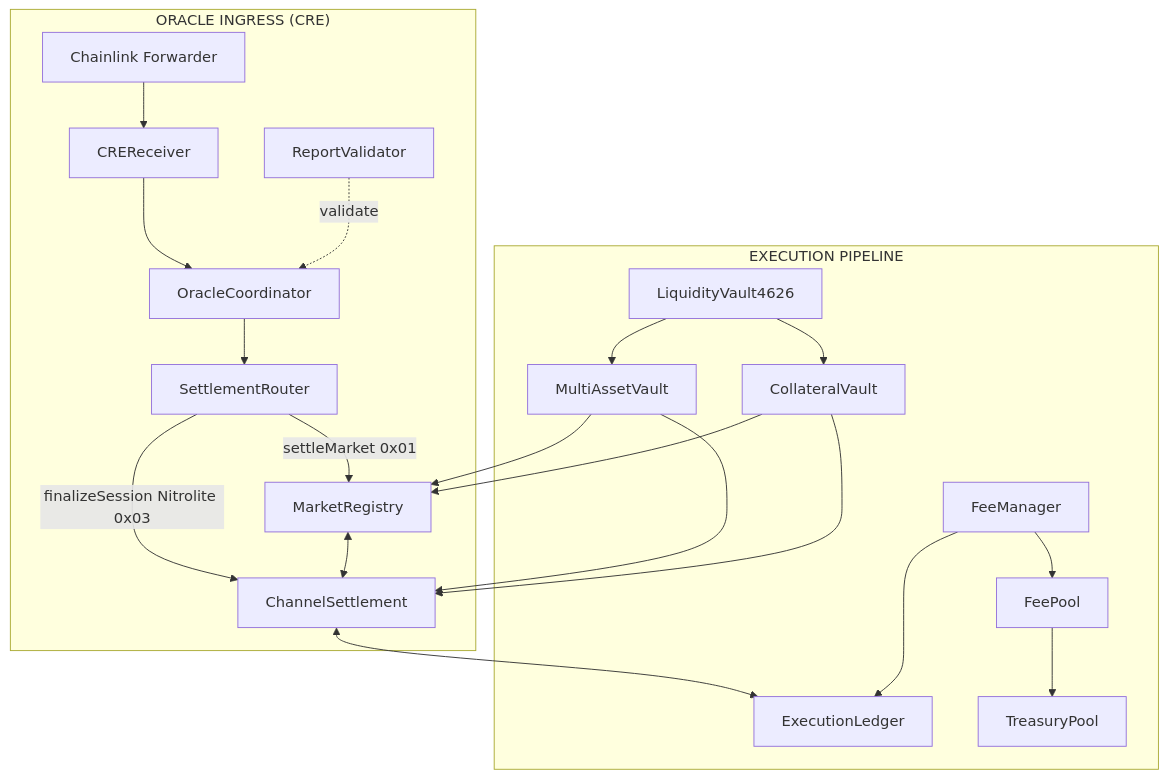
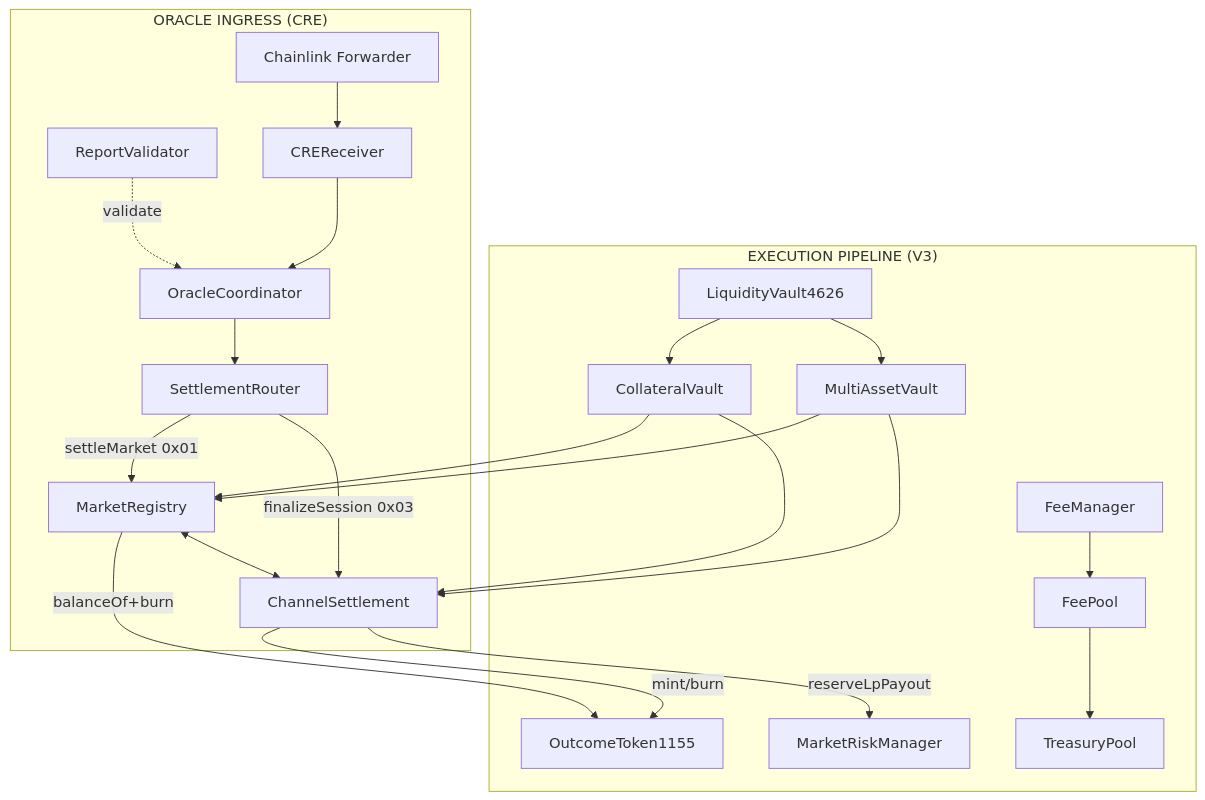
The first of 3 diagrams in README.md (mAsyamJ/ShadowPool), drawn with Mermaid before and after one commit. The commit also changed other lines of this file and 5 other files, not shown here.

````diff
--- a/README.md
+++ b/README.md
@@ -42,38 +44,41 @@
 ```mermaid
 flowchart TB
     subgraph ingress["ORACLE INGRESS (CRE)"]
         Forwarder[Chainlink Forwarder]
         CRE[CREReceiver]
         OC[OracleCoordinator]
         RV[ReportValidator]
         SR[SettlementRouter]
         Forwarder --> CRE
         CRE --> OC
         RV -.->|validate| OC
         OC --> SR
         SR -->|settleMarket 0x01| MR
-        SR -->|finalizeSession Nitrolite 0x03| CS
+        SR -->|finalizeSession 0x03| CS
     end
 
-    subgraph exec["EXECUTION PIPELINE"]
+    subgraph exec["EXECUTION PIPELINE (V3)"]
         MR[MarketRegistry]
         CS[ChannelSettlement]
-        EL[ExecutionLedger]
+        OT[OutcomeToken1155]
+        RM[MarketRiskManager]
         MAV[MultiAssetVault]
         CV[CollateralVault]
         FM[FeeManager]
         FP[FeePool]
         TP[TreasuryPool]
         LV[LiquidityVault4626]
 
-        MR <--> CS <--> EL
+        MR <--> CS
+        CS -->|mint/burn| OT
+        CS -->|reserveLpPayout| RM
+        MR -->|balanceOf+burn| OT
         MAV --> MR
         CV --> MR
         MAV --> CS
         CV --> CS
         FM --> FP --> TP
-        FM --> EL
         LV --> MAV
         LV --> CV
     end
 ```
````
